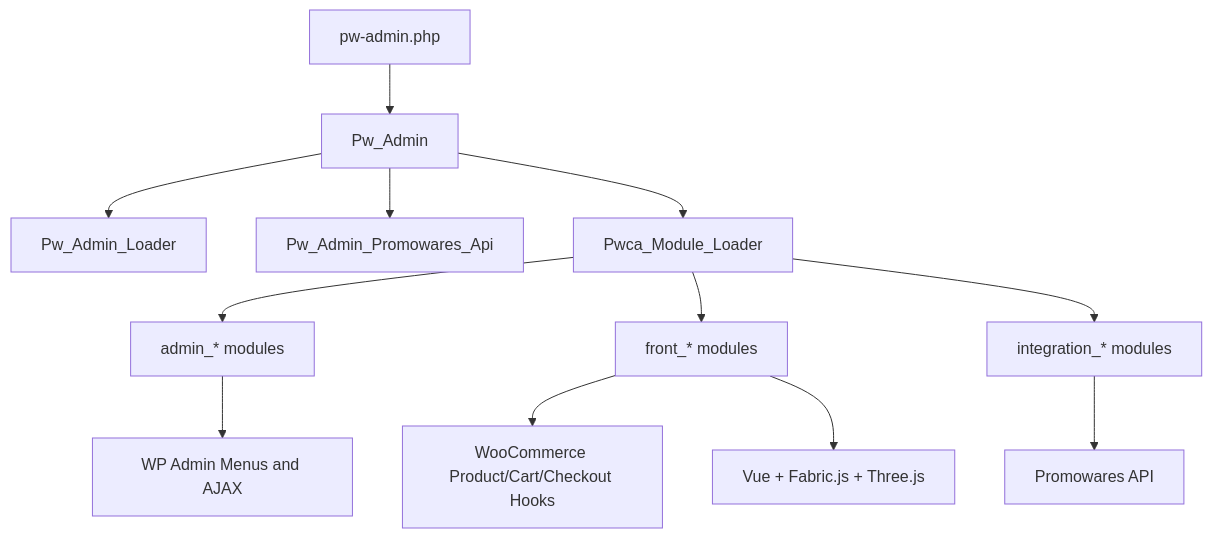
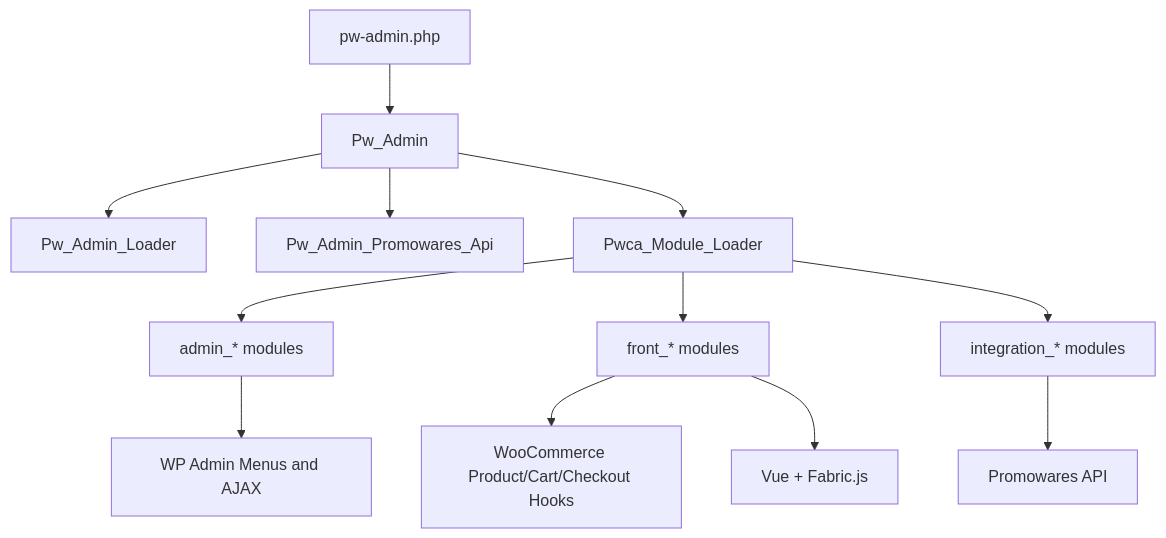
One commit to ansediao/testpw changed the diagram in docs/code-wiki/01-project-architecture.md. Above: the diagram before and after it, drawn with Mermaid. The commit also changed other lines of this file and 15 other files, not shown here.

````diff
--- a/docs/code-wiki/01-project-architecture.md
+++ b/docs/code-wiki/01-project-architecture.md
@@ -182,14 +181,14 @@
 ```mermaid
 flowchart TD
     A[pw-admin.php] --> B[Pw_Admin]
     B --> C[Pw_Admin_Loader]
     B --> D[Pw_Admin_Promowares_Api]
     B --> E[Pwca_Module_Loader]
     E --> F[admin_* modules]
     E --> G[front_* modules]
     E --> H[integration_* modules]
     G --> I[WooCommerce Product/Cart/Checkout Hooks]
-    G --> J[Vue + Fabric.js + Three.js]
+    G --> J[Vue + Fabric.js]
     H --> K[Promowares API]
     F --> L[WP Admin Menus and AJAX]
 ```
````
